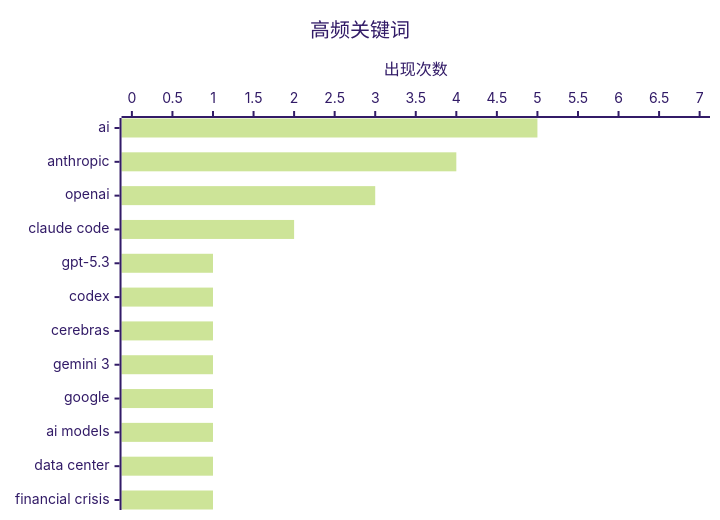
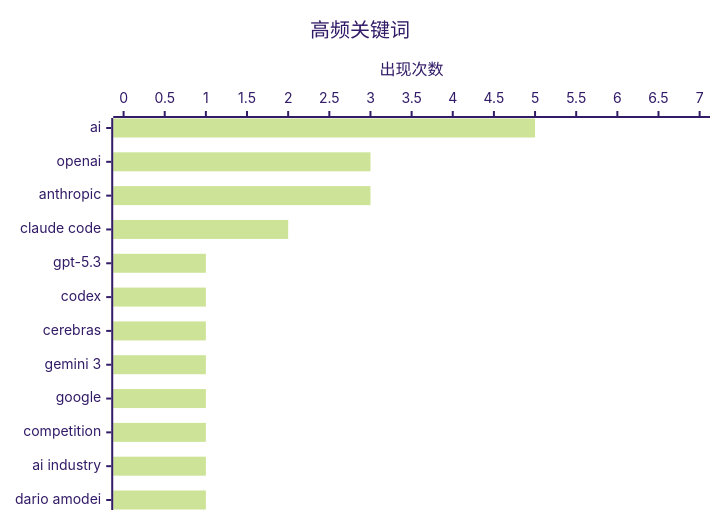
The second of 2 diagrams in digests/2026-02-15.md (0xEmberZz/daily-digest), drawn with Mermaid (forest theme) before and after one commit. The commit also changed other lines of this file and 3 other files, not shown here.

````diff
--- a/digests/2026-02-15.md
+++ b/digests/2026-02-15.md
@@ -63,7 +78,7 @@
 ```mermaid
 xychart-beta horizontal
     title "高频关键词"
-    x-axis ["ai", "anthropic", "openai", "claude code", "gpt-5.3", "codex", "cerebras", "gemini 3", "google", "ai models", "data center", "financial crisis"]
+    x-axis ["ai", "openai", "anthropic", "claude code", "gpt-5.3", "codex", "cerebras", "gemini 3", "google", "competition", "ai industry", "dario amodei"]
     y-axis "出现次数" 0 --> 7
-    bar [5, 4, 3, 2, 1, 1, 1, 1, 1, 1, 1, 1]
+    bar [5, 3, 3, 2, 1, 1, 1, 1, 1, 1, 1, 1]
 ```
````
